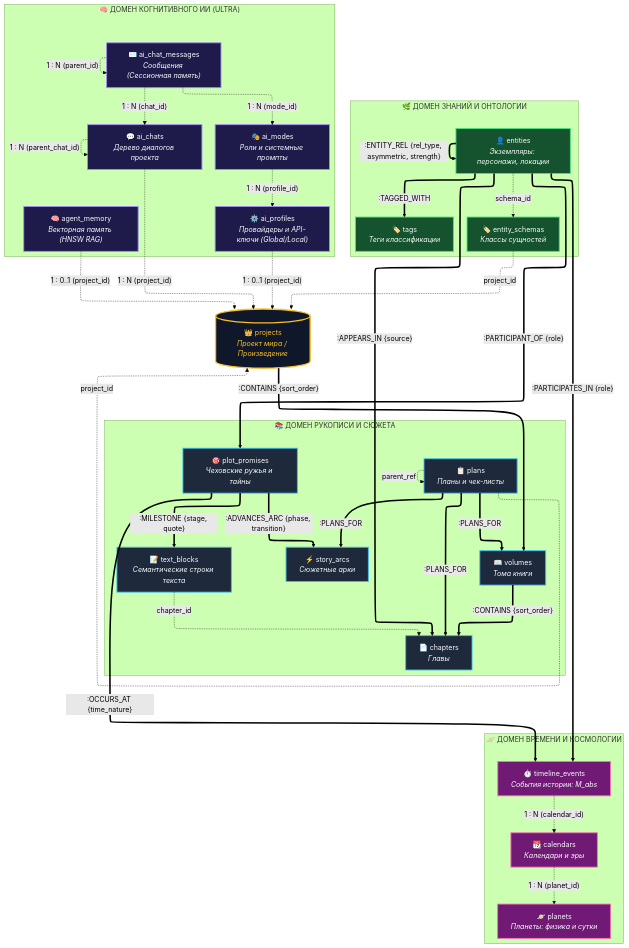
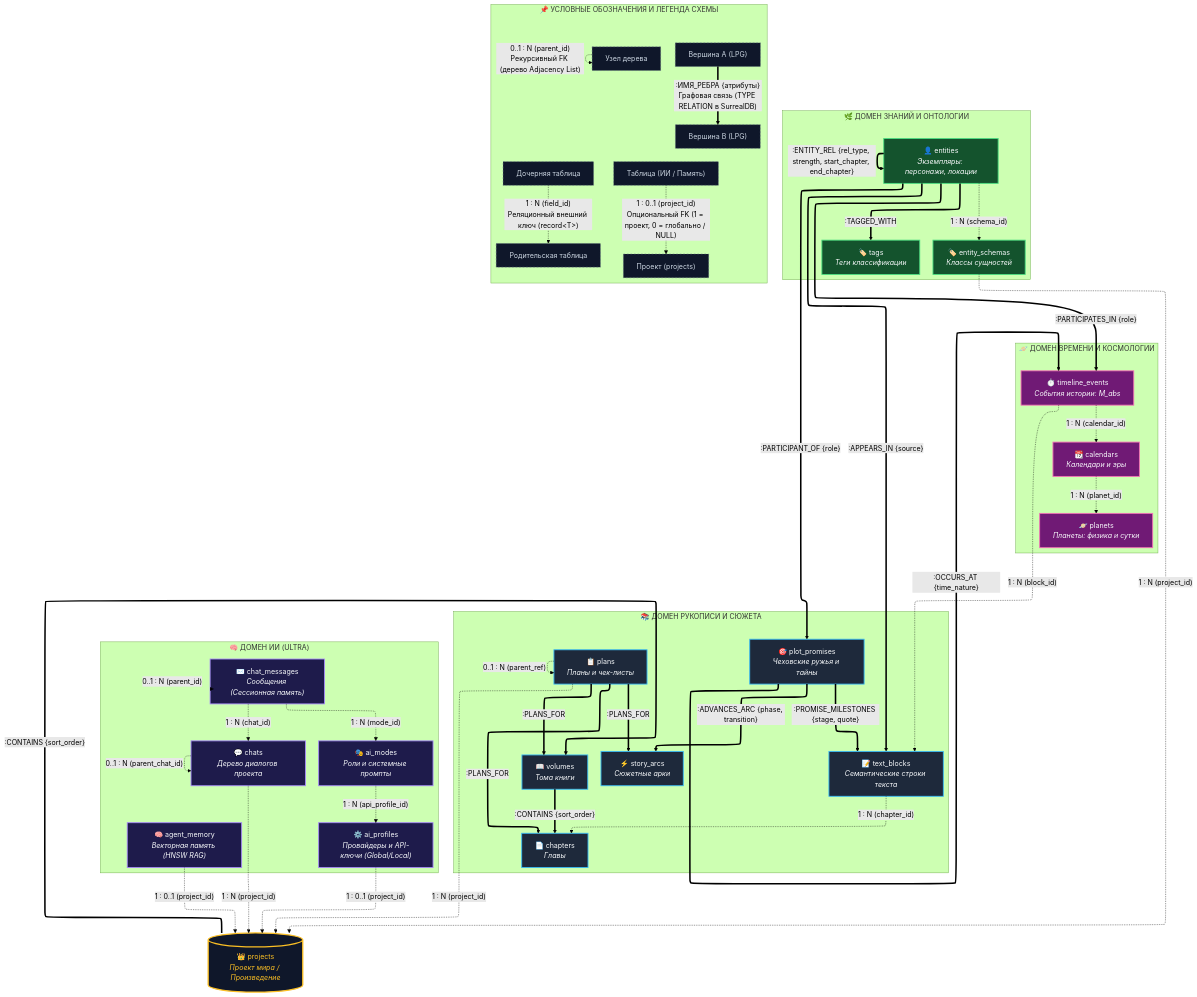
The diagram in docs/coursework/02_Исследовательская_часть/2.8_концептуальная_схема.md (nagisokyn-prog/WorldWiki), drawn with Mermaid (forest theme) before and after one commit. The commit also changed other lines of this file and 63 other files, not shown here.

````diff
--- a/docs/coursework/02_Исследовательская_часть/2.8_концептуальная_схема.md
+++ b/docs/coursework/02_Исследовательская_часть/2.8_концептуальная_схема.md
@@ -63,6 +65,7 @@
     classDef time fill:#701a75,stroke:#f472b6,stroke-width:2px,color:#f8fafc;
     classDef ai fill:#1e1b4b,stroke:#a78bfa,stroke-width:2px,color:#f8fafc;
     classDef root fill:#0f172a,stroke:#fbbf24,stroke-width:3px,color:#fbbf24;
+    classDef legend fill:#0f172a,stroke:#64748b,stroke-width:1px,stroke-dasharray: 4 4,color:#cbd5e1;
 
     %% ==========================================
     %% 0. КОРНЕВОЙ КОНТЕКСТ МИРА
@@ -102,11 +105,11 @@
     %% ==========================================
     %% 4. ДОМЕН ИИ-ПРОСТРАНСТВА (AI & WORKSPACE)
     %% ==========================================
-    subgraph AiDomain ["🧠 ДОМЕН КОГНИТИВНОГО ИИ (ULTRA)"]
+    subgraph AiDomain ["🧠 ДОМЕН ИИ (ULTRA)"]
         AiProfiles["⚙️ ai_profiles<br/><i>Провайдеры и API-ключи (Global/Local)</i>"]:::ai
         AiModes["🎭 ai_modes<br/><i>Роли и системные промпты</i>"]:::ai
-        Chats["💬 ai_chats<br/><i>Дерево диалогов проекта</i>"]:::ai
-        ChatMessages["✉️ ai_chat_messages<br/><i>Сообщения (Сессионная память)</i>"]:::ai
+        Chats["💬 chats<br/><i>Дерево диалогов проекта</i>"]:::ai
+        ChatMessages["✉️ chat_messages<br/><i>Сообщения (Сессионная память)</i>"]:::ai
         AgentMemory["🧠 agent_memory<br/><i>Векторная память (HNSW RAG)</i>"]:::ai
     end
 
@@ -126,10 +129,10 @@
     %% 3. Нарративный узел привязан к шкале времени мира
     PlotPromises ==>|":OCCURS_AT {time_nature}"| TimelineEvents
     %% 4. Физический якорь нарративного узла в строках текста рукописи (жизненный цикл)
-    PlotPromises ==>|":MILESTONE {stage, quote}"| TextBlocks
+    PlotPromises ==>|":PROMISE_MILESTONES {stage, quote}"| TextBlocks
 
-    %% Автоматическое сканирование упоминаний сущностей в тексте главы
-    Entities ==>|":APPEARS_IN {source}"| Chapters
+    %% Автоматическое сканирование упоминаний сущностей в тексте рукописи (семантические блоки)
+    Entities ==>|":APPEARS_IN {source}"| TextBlocks
 
     %% ПЛАНЫ: Декомпозиция томов, глав и арок
     Plans ==>|":PLANS_FOR"| Volumes
@@ -138,41 +141,55 @@
 
     %% ЛОР: Взаимодействия сущностей и таксономия
     %% mermaid-lint-disable-next-line no-self-loop
-    Entities ==>|":ENTITY_REL {rel_type, asymmetric, strength}"| Entities
+    Entities ==>|":ENTITY_REL {rel_type, strength, start_chapter, end_chapter}"| Entities
     Entities ==>|":TAGGED_WITH"| Tags
     Entities ==>|":PARTICIPATES_IN {role}"| TimelineEvents
 
     %% ==========================================
-    %% СТРУКТУРНЫЕ ССЫЛКИ (RECORD LINKS)
+    %% СТРУКТУРНЫЕ ССЫЛКИ (РЕЛЯЦИОННЫЕ ВНЕШНИЕ КЛЮЧИ RECORD<T>)
     %% ==========================================
 
-    %% Рукопись
-    TextBlocks -.->|"chapter_id"| Chapters
+    %% Рукопись (реляционная иерархия 1:N)
+    TextBlocks -.->|"1 : N (chapter_id)"| Chapters
 
     %% Планы: принадлежат проекту и образуют дерево чек-листов
-    Plans -.->|"project_id"| Project
+    Plans -.->|"1 : N (project_id)"| Project
     %% mermaid-lint-disable-next-line no-self-loop
-    Plans -.->|"parent_ref"| Plans
+    Plans -.->|"0..1 : N (parent_ref)"| Plans
 
     %% Онтология: схема закреплена за проектом, сущность типизирована схемой
-    EntitySchemas -.->|"project_id"| Project
-    Entities -.->|"schema_id"| EntitySchemas
+    EntitySchemas -.->|"1 : N (project_id)"| Project
+    Entities -.->|"1 : N (schema_id)"| EntitySchemas
 
     %% Реляционная космология (иерархия 1:N)
     Calendars -.->|"1 : N (planet_id)"| Planets
     TimelineEvents -.->|"1 : N (calendar_id)"| Calendars
+    TimelineEvents -.->|"1 : N (block_id)"| TextBlocks
 
     %% Реляционное ИИ-пространство (иерархия 1:N и 1:0..1)
     Chats -.->|"1 : N (project_id)"| Project
     %% mermaid-lint-disable-next-line no-self-loop
-    Chats -.->|"1 : N (parent_chat_id)"| Chats
+    Chats -.->|"0..1 : N (parent_chat_id)"| Chats
     ChatMessages -.->|"1 : N (chat_id)"| Chats
     %% mermaid-lint-disable-next-line no-self-loop
-    ChatMessages -.->|"1 : N (parent_id)"| ChatMessages
+    ChatMessages -.->|"0..1 : N (parent_id)"| ChatMessages
     ChatMessages -.->|"1 : N (mode_id)"| AiModes
 
     %% Настройки ИИ и Векторная память (с поддержкой глобального скоупа 1:0..1)
-    AiModes -.->|"1 : N (profile_id)"| AiProfiles
+    AiModes -.->|"1 : N (api_profile_id)"| AiProfiles
     AiProfiles -.->|"1 : 0..1 (project_id)"| Project
     AgentMemory -.->|"1 : 0..1 (project_id)"| Project
+
+    %% ==========================================
+    %% 5. ЛЕГЕНДА СХЕМЫ (ТИПЫ СВЯЗЕЙ И КАРДИНАЛЬНОСТЬ)
+    %% ==========================================
+    subgraph Legend ["📌 УСЛОВНЫЕ ОБОЗНАЧЕНИЯ И ЛЕГЕНДА СХЕМЫ"]
+        direction TB
+        LegEdge1["Вершина A (LPG)"] ==>|":ИМЯ_РЕБРА {атрибуты}<br/>Графовая связь (TYPE RELATION в SurrealDB)"| LegEdge2["Вершина B (LPG)"]
+        LegRef1["Дочерняя таблица"] -.->|"1 : N (field_id)<br/>Реляционный внешний ключ (record&lt;T&gt;)"| LegRef2["Родительская таблица"]
+        %% mermaid-lint-disable-next-line no-self-loop
+        LegRec1["Узел дерева"] -.->|"0..1 : N (parent_id)<br/>Рекурсивный FK (дерево Adjacency List)"| LegRec1
+        LegOpt1["Таблица (ИИ / Память)"] -.->|"1 : 0..1 (project_id)<br/>Опциональный FK (1 = проект, 0 = глобально / NULL)"| LegOpt2["Проект (projects)"]
+    end
+    class LegEdge1,LegEdge2,LegRef1,LegRef2,LegRec1,LegOpt1,LegOpt2 legend;
 ```
````
